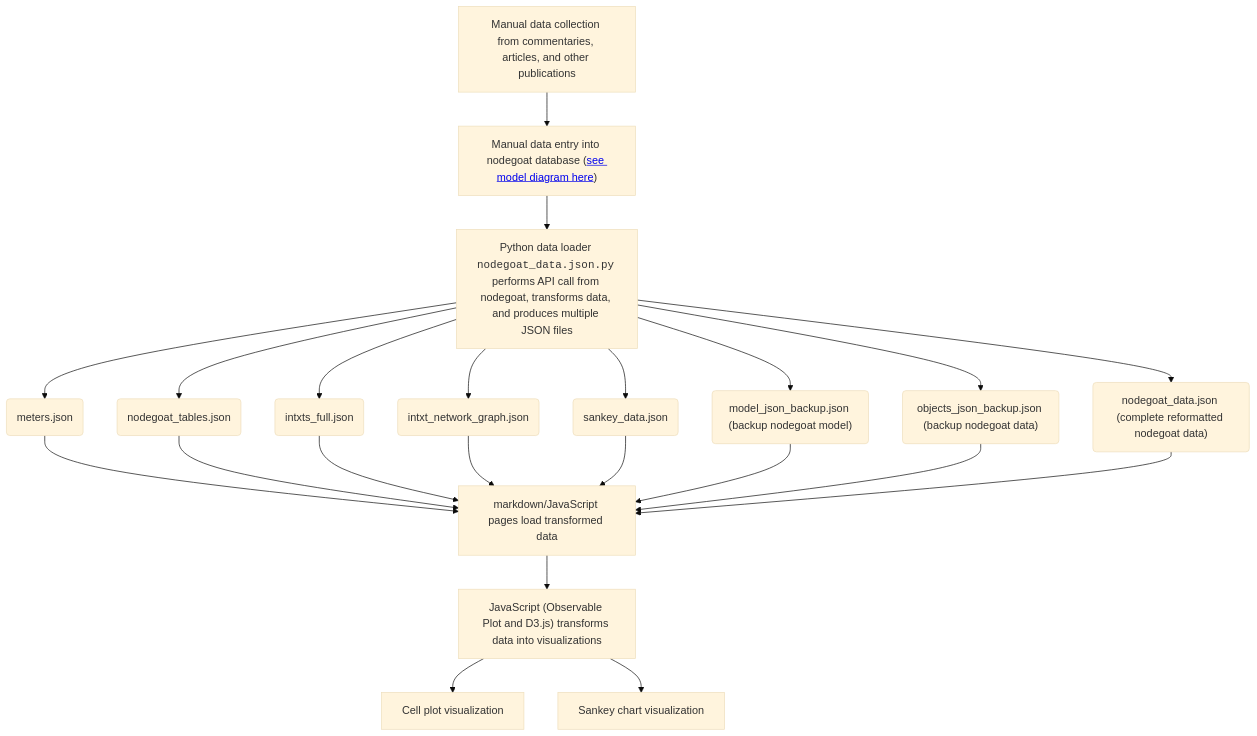
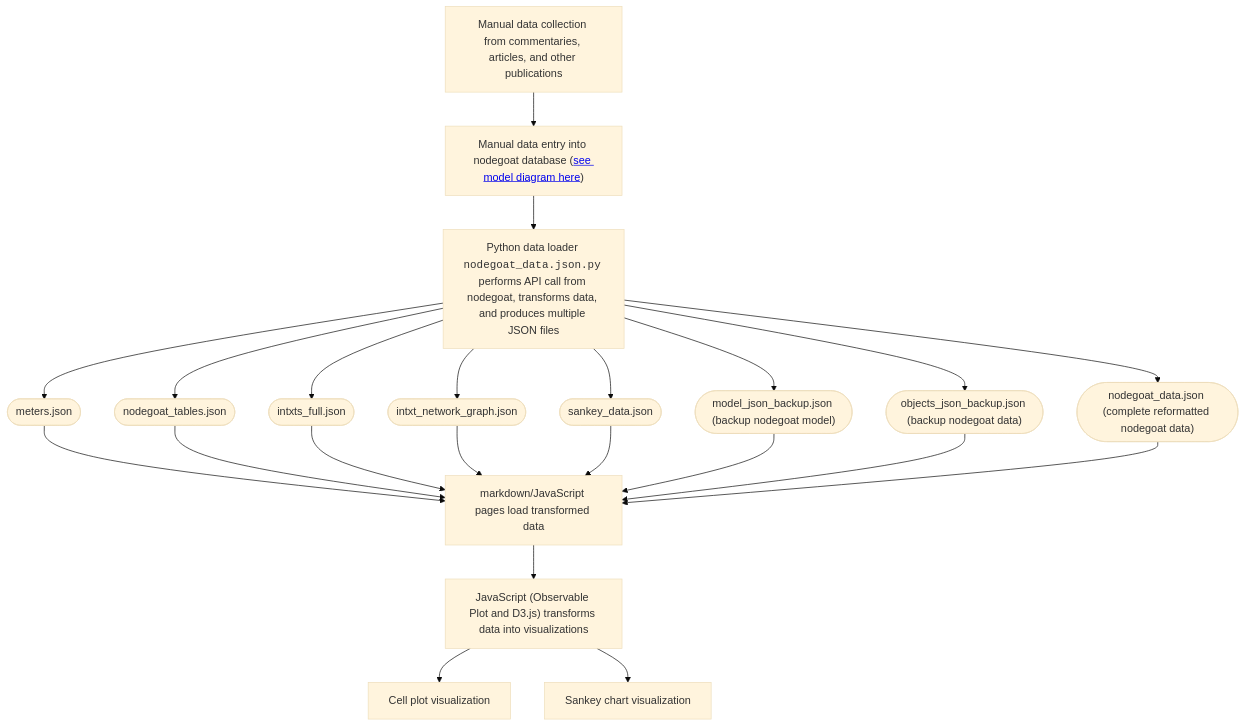
Before and after one commit to dkrasne/visualizing_intertextuality: the diagram in README.md, drawn with Mermaid (base theme).

Commit message:
Update diagram in README

````diff
--- a/README.md
+++ b/README.md
@@ -36,30 +36,30 @@
 ```mermaid
 flowchart TD;
 	data[Manual data collection from commentaries, articles, and other publications]
 	nodegoat["Manual data entry into nodegoat database (<a href="https://pratt.darcykrasne.com/Portfolio/viz_intxt/nodegoat_model_2025-3-13.png">see model diagram here</a>)"]
 	python["Python data loader <code>nodegoat_data.json.py</code> performs API call from nodegoat, transforms data, and produces multiple JSON files"]
-	file1(meters.json)
-	file2(nodegoat_tables.json)
-	file3(intxts_full.json)
-	file4(intxt_network_graph.json)
-	file5(sankey_data.json)
-	file6("model_json_backup.json (backup nodegoat model)")
-	file7("objects_json_backup.json (backup nodegoat data)")
-	file8("nodegoat_data.json (complete reformatted nodegoat data)")
+	file1([meters.json])
+	file2([nodegoat_tables.json])
+	file3([intxts_full.json])
+	file4([intxt_network_graph.json])
+	file5([sankey_data.json])
+	file6(["model_json_backup.json (backup nodegoat model)"])
+	file7(["objects_json_backup.json (backup nodegoat data)"])
+	file8(["nodegoat_data.json (complete reformatted nodegoat data)"])
 	load[markdown/JavaScript pages load transformed data]
 	scripts["JavaScript (Observable Plot and D3.js) transforms data into visualizations"]
     viz_cell[Cell plot visualization]
     viz_sankey[Sankey chart visualization]
 	data --> nodegoat --> python
 	python --> file1 --> load
 	python --> file2 --> load
 	python --> file3 --> load
 	python --> file4 --> load
 	python --> file5 --> load
 	python --> file6 --> load
 	python --> file7 --> load
 	python --> file8 --> load
 	load --> scripts
     scripts --> viz_cell
     scripts --> viz_sankey
 ```
````
